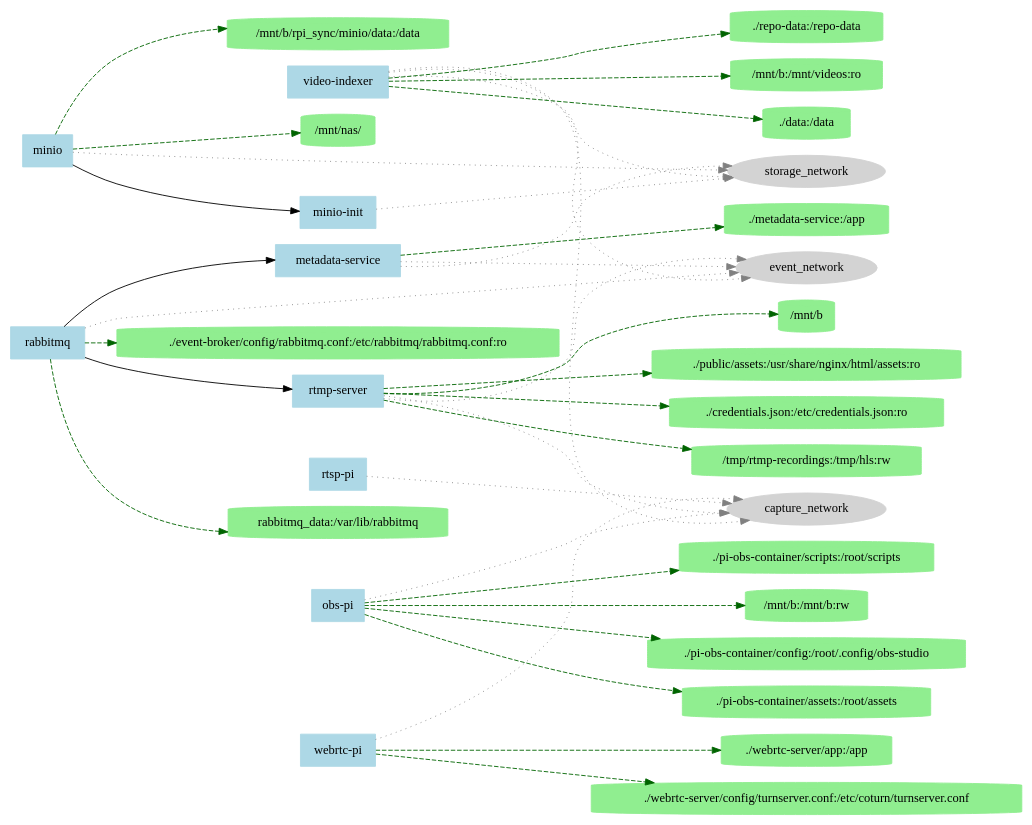
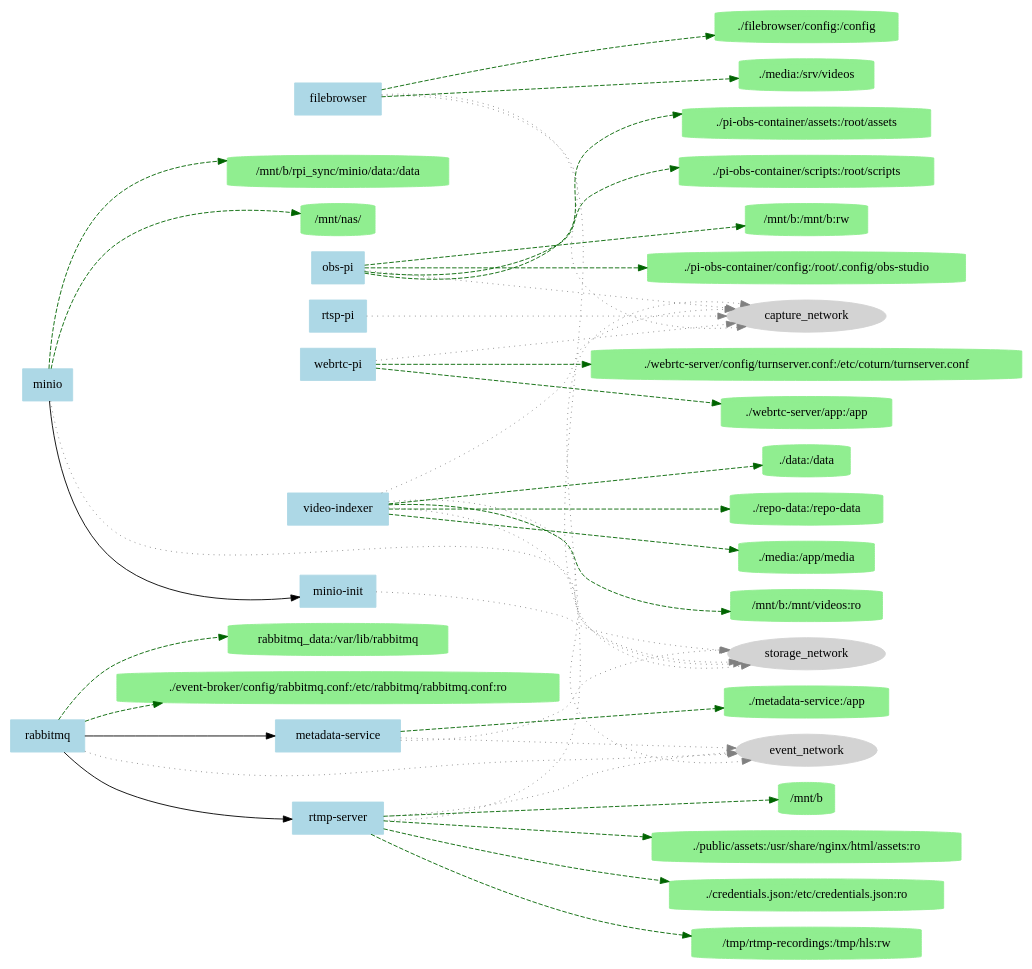
One commit to Cdaprod/local-docker-rtmp-server changed the diagram in public/serve/repository-docker-structure.dot. Above: the diagram before and after it, drawn with Graphviz. The commit also changed 1 other file, not shown here.

```diff
--- a/public/serve/repository-docker-structure.dot
+++ b/public/serve/repository-docker-structure.dot
@@ -1,78 +1,89 @@
 digraph docker_compose {
   rankdir=LR;
   node [shape=box, style=filled, color=lightblue];
+  "filebrowser" [label="filebrowser"];
+  "filebrowser" -> "net::storage_network" [style=dotted, color=gray];
+  "net::storage_network" [label="storage_network" shape=ellipse color=lightgray];
+  "filebrowser" -> "net::capture_network" [style=dotted, color=gray];
+  "net::capture_network" [label="capture_network" shape=ellipse color=lightgray];
+  "filebrowser" -> "vol::./media:/srv/videos" [style=dashed, color=darkgreen];
+  "vol::./media:/srv/videos" [label="./media:/srv/videos" shape=cylinder color=lightgreen];
+  "filebrowser" -> "vol::./filebrowser/config:/config" [style=dashed, color=darkgreen];
+  "vol::./filebrowser/config:/config" [label="./filebrowser/config:/config" shape=cylinder color=lightgreen];
   "video-indexer" [label="video-indexer"];
   "video-indexer" -> "net::storage_network" [style=dotted, color=gray];
   "net::storage_network" [label="storage_network" shape=ellipse color=lightgray];
   "video-indexer" -> "net::event_network" [style=dotted, color=gray];
   "net::event_network" [label="event_network" shape=ellipse color=lightgray];
   "video-indexer" -> "net::capture_network" [style=dotted, color=gray];
   "net::capture_network" [label="capture_network" shape=ellipse color=lightgray];
   "video-indexer" -> "vol::/mnt/b:/mnt/videos:ro" [style=dashed, color=darkgreen];
   "vol::/mnt/b:/mnt/videos:ro" [label="/mnt/b:/mnt/videos:ro" shape=cylinder color=lightgreen];
   "video-indexer" -> "vol::./data:/data" [style=dashed, color=darkgreen];
   "vol::./data:/data" [label="./data:/data" shape=cylinder color=lightgreen];
   "video-indexer" -> "vol::./repo-data:/repo-data" [style=dashed, color=darkgreen];
   "vol::./repo-data:/repo-data" [label="./repo-data:/repo-data" shape=cylinder color=lightgreen];
+  "video-indexer" -> "vol::./media:/app/media" [style=dashed, color=darkgreen];
+  "vol::./media:/app/media" [label="./media:/app/media" shape=cylinder color=lightgreen];
   "obs-pi" [label="obs-pi"];
   "obs-pi" -> "net::capture_network" [style=dotted, color=gray];
   "net::capture_network" [label="capture_network" shape=ellipse color=lightgray];
   "obs-pi" -> "vol::./pi-obs-container/config:/root/.config/obs-studio" [style=dashed, color=darkgreen];
   "vol::./pi-obs-container/config:/root/.config/obs-studio" [label="./pi-obs-container/config:/root/.config/obs-studio" shape=cylinder color=lightgreen];
   "obs-pi" -> "vol::./pi-obs-container/assets:/root/assets" [style=dashed, color=darkgreen];
   "vol::./pi-obs-container/assets:/root/assets" [label="./pi-obs-container/assets:/root/assets" shape=cylinder color=lightgreen];
   "obs-pi" -> "vol::./pi-obs-container/scripts:/root/scripts" [style=dashed, color=darkgreen];
   "vol::./pi-obs-container/scripts:/root/scripts" [label="./pi-obs-container/scripts:/root/scripts" shape=cylinder color=lightgreen];
   "obs-pi" -> "vol::/mnt/b:/mnt/b:rw" [style=dashed, color=darkgreen];
   "vol::/mnt/b:/mnt/b:rw" [label="/mnt/b:/mnt/b:rw" shape=cylinder color=lightgreen];
   "webrtc-pi" [label="webrtc-pi"];
   "webrtc-pi" -> "net::capture_network" [style=dotted, color=gray];
   "net::capture_network" [label="capture_network" shape=ellipse color=lightgray];
   "webrtc-pi" -> "vol::./webrtc-server/app:/app" [style=dashed, color=darkgreen];
   "vol::./webrtc-server/app:/app" [label="./webrtc-server/app:/app" shape=cylinder color=lightgreen];
   "webrtc-pi" -> "vol::./webrtc-server/config/turnserver.conf:/etc/coturn/turnserver.conf" [style=dashed, color=darkgreen];
   "vol::./webrtc-server/config/turnserver.conf:/etc/coturn/turnserver.conf" [label="./webrtc-server/config/turnserver.conf:/etc/coturn/turnserver.conf" shape=cylinder color=lightgreen];
   "rtsp-pi" [label="rtsp-pi"];
   "rtsp-pi" -> "net::capture_network" [style=dotted, color=gray];
   "net::capture_network" [label="capture_network" shape=ellipse color=lightgray];
   "rtmp-server" [label="rtmp-server"];
   "rabbitmq" -> "rtmp-server";
   "rtmp-server" -> "net::capture_network" [style=dotted, color=gray];
   "net::capture_network" [label="capture_network" shape=ellipse color=lightgray];
   "rtmp-server" -> "net::event_network" [style=dotted, color=gray];
   "net::event_network" [label="event_network" shape=ellipse color=lightgray];
   "rtmp-server" -> "vol::/mnt/b" [style=dashed, color=darkgreen];
   "vol::/mnt/b" [label="/mnt/b" shape=cylinder color=lightgreen];
   "rtmp-server" -> "vol::./public/assets:/usr/share/nginx/html/assets:ro" [style=dashed, color=darkgreen];
   "vol::./public/assets:/usr/share/nginx/html/assets:ro" [label="./public/assets:/usr/share/nginx/html/assets:ro" shape=cylinder color=lightgreen];
   "rtmp-server" -> "vol::./credentials.json:/etc/credentials.json:ro" [style=dashed, color=darkgreen];
   "vol::./credentials.json:/etc/credentials.json:ro" [label="./credentials.json:/etc/credentials.json:ro" shape=cylinder color=lightgreen];
   "rtmp-server" -> "vol::/tmp/rtmp-recordings:/tmp/hls:rw" [style=dashed, color=darkgreen];
   "vol::/tmp/rtmp-recordings:/tmp/hls:rw" [label="/tmp/rtmp-recordings:/tmp/hls:rw" shape=cylinder color=lightgreen];
   "minio" [label="minio"];
   "minio" -> "net::storage_network" [style=dotted, color=gray];
   "net::storage_network" [label="storage_network" shape=ellipse color=lightgray];
   "minio" -> "vol::/mnt/b/rpi_sync/minio/data:/data" [style=dashed, color=darkgreen];
   "vol::/mnt/b/rpi_sync/minio/data:/data" [label="/mnt/b/rpi_sync/minio/data:/data" shape=cylinder color=lightgreen];
   "minio" -> "vol::/mnt/nas/" [style=dashed, color=darkgreen];
   "vol::/mnt/nas/" [label="/mnt/nas/" shape=cylinder color=lightgreen];
   "minio-init" [label="minio-init"];
   "minio" -> "minio-init";
   "minio-init" -> "net::storage_network" [style=dotted, color=gray];
   "net::storage_network" [label="storage_network" shape=ellipse color=lightgray];
   "rabbitmq" [label="rabbitmq"];
   "rabbitmq" -> "net::event_network" [style=dotted, color=gray];
   "net::event_network" [label="event_network" shape=ellipse color=lightgray];
   "rabbitmq" -> "vol::rabbitmq_data:/var/lib/rabbitmq" [style=dashed, color=darkgreen];
   "vol::rabbitmq_data:/var/lib/rabbitmq" [label="rabbitmq_data:/var/lib/rabbitmq" shape=cylinder color=lightgreen];
   "rabbitmq" -> "vol::./event-broker/config/rabbitmq.conf:/etc/rabbitmq/rabbitmq.conf:ro" [style=dashed, color=darkgreen];
   "vol::./event-broker/config/rabbitmq.conf:/etc/rabbitmq/rabbitmq.conf:ro" [label="./event-broker/config/rabbitmq.conf:/etc/rabbitmq/rabbitmq.conf:ro" shape=cylinder color=lightgreen];
   "metadata-service" [label="metadata-service"];
   "rabbitmq" -> "metadata-service";
   "metadata-service" -> "net::event_network" [style=dotted, color=gray];
   "net::event_network" [label="event_network" shape=ellipse color=lightgray];
   "metadata-service" -> "net::storage_network" [style=dotted, color=gray];
   "net::storage_network" [label="storage_network" shape=ellipse color=lightgray];
   "metadata-service" -> "vol::./metadata-service:/app" [style=dashed, color=darkgreen];
   "vol::./metadata-service:/app" [label="./metadata-service:/app" shape=cylinder color=lightgreen];
 }
```
